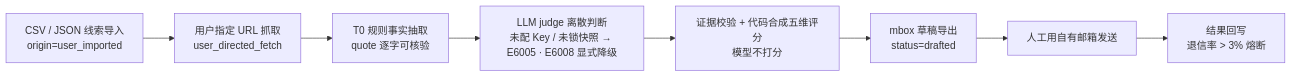
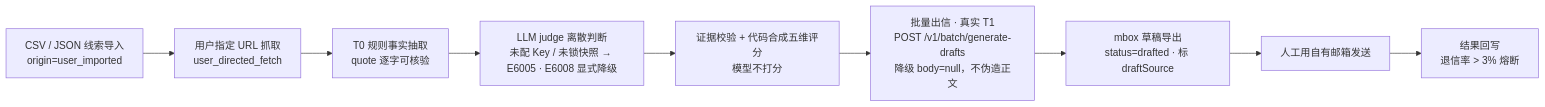
The diagram in README.md (Gakiwoo/LeadPilot), drawn with Mermaid before and after one commit. The commit also changed other lines of this file and 14 other files, not shown here.

````diff
--- a/README.md
+++ b/README.md
@@ -109,10 +110,11 @@
 ```mermaid
 flowchart LR
   A["CSV / JSON 线索导入<br/>origin=user_imported"] --> B["用户指定 URL 抓取<br/>user_directed_fetch"]
   B --> C["T0 规则事实抽取<br/>quote 逐字可核验"]
   C --> D["LLM judge 离散判断<br/>未配 Key / 未锁快照 → E6005 · E6008 显式降级"]
   D --> E["证据校验 + 代码合成五维评分<br/>模型不打分"]
-  E --> F["mbox 草稿导出<br/>status=drafted"]
+  E --> E2["批量出信 · 真实 T1<br/>POST /v1/batch/generate-drafts<br/>降级 body=null，不伪造正文"]
+  E2 --> F["mbox 草稿导出<br/>status=drafted · 标 draftSource"]
   F --> G["人工用自有邮箱发送"]
   G --> H["结果回写<br/>退信率 > 3% 熔断"]
 ```
````
